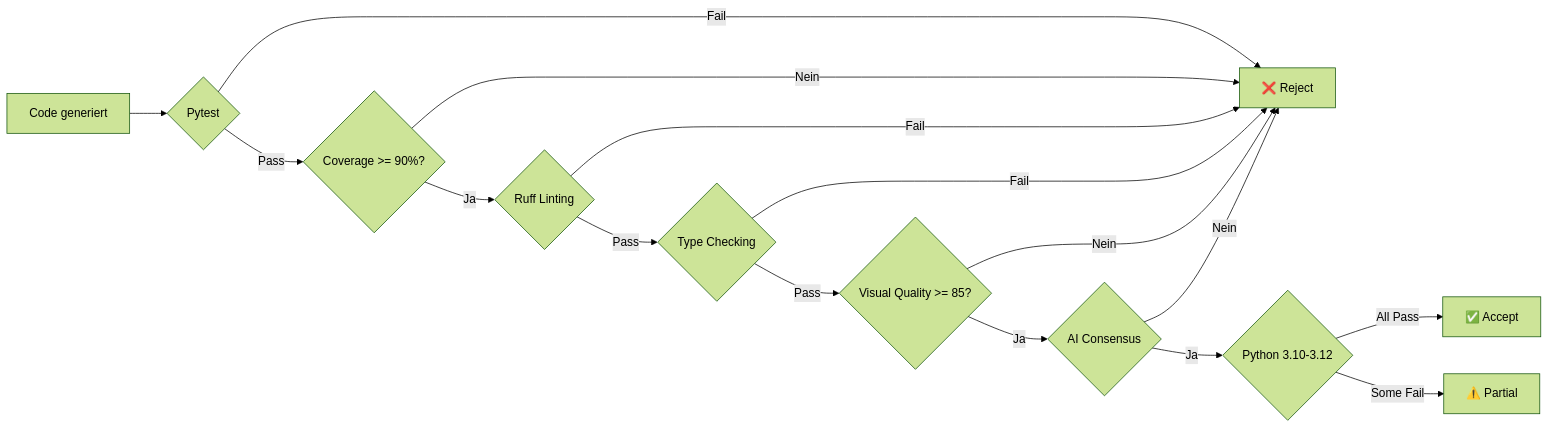
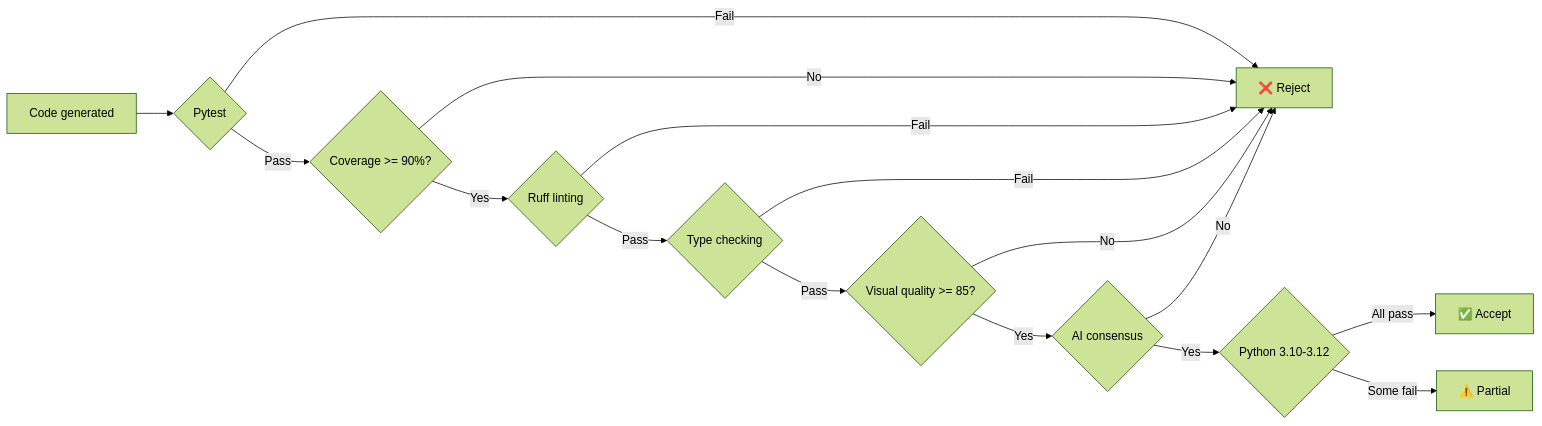
One commit to MarkusNeusinger/pyplots changed the eighth of 9 diagrams in docs/workflow.md. Above: the diagram before and after it, drawn with Mermaid (forest theme). The commit also changed other lines of this file, not shown here.

````diff
--- a/docs/workflow.md
+++ b/docs/workflow.md
@@ -492,18 +492,18 @@
 ```mermaid
 graph LR
-    A[Code generiert] --> B{Pytest}
+    A[Code generated] --> B{Pytest}
     B -->|Pass| C{Coverage >= 90%?}
     B -->|Fail| Z[❌ Reject]
-    C -->|Ja| D{Ruff Linting}
-    C -->|Nein| Z
-    D -->|Pass| E{Type Checking}
+    C -->|Yes| D{Ruff linting}
+    C -->|No| Z
+    D -->|Pass| E{Type checking}
     D -->|Fail| Z
-    E -->|Pass| F{Visual Quality >= 85?}
+    E -->|Pass| F{Visual quality >= 85?}
     E -->|Fail| Z
-    F -->|Ja| G{AI Consensus}
-    F -->|Nein| Z
-    G -->|Ja| H{Python 3.10-3.12}
-    G -->|Nein| Z
-    H -->|All Pass| I[✅ Accept]
-    H -->|Some Fail| J[⚠️ Partial]
+    F -->|Yes| G{AI consensus}
+    F -->|No| Z
+    G -->|Yes| H{Python 3.10-3.12}
+    G -->|No| Z
+    H -->|All pass| I[✅ Accept]
+    H -->|Some fail| J[⚠️ Partial]
 ```
````
